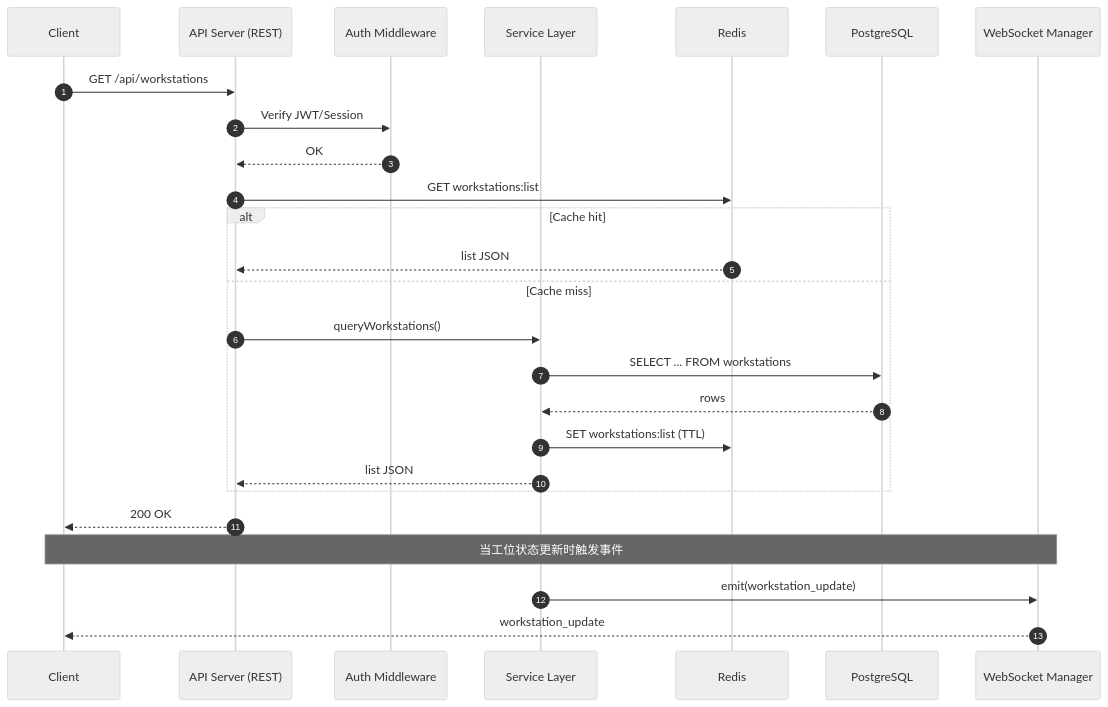
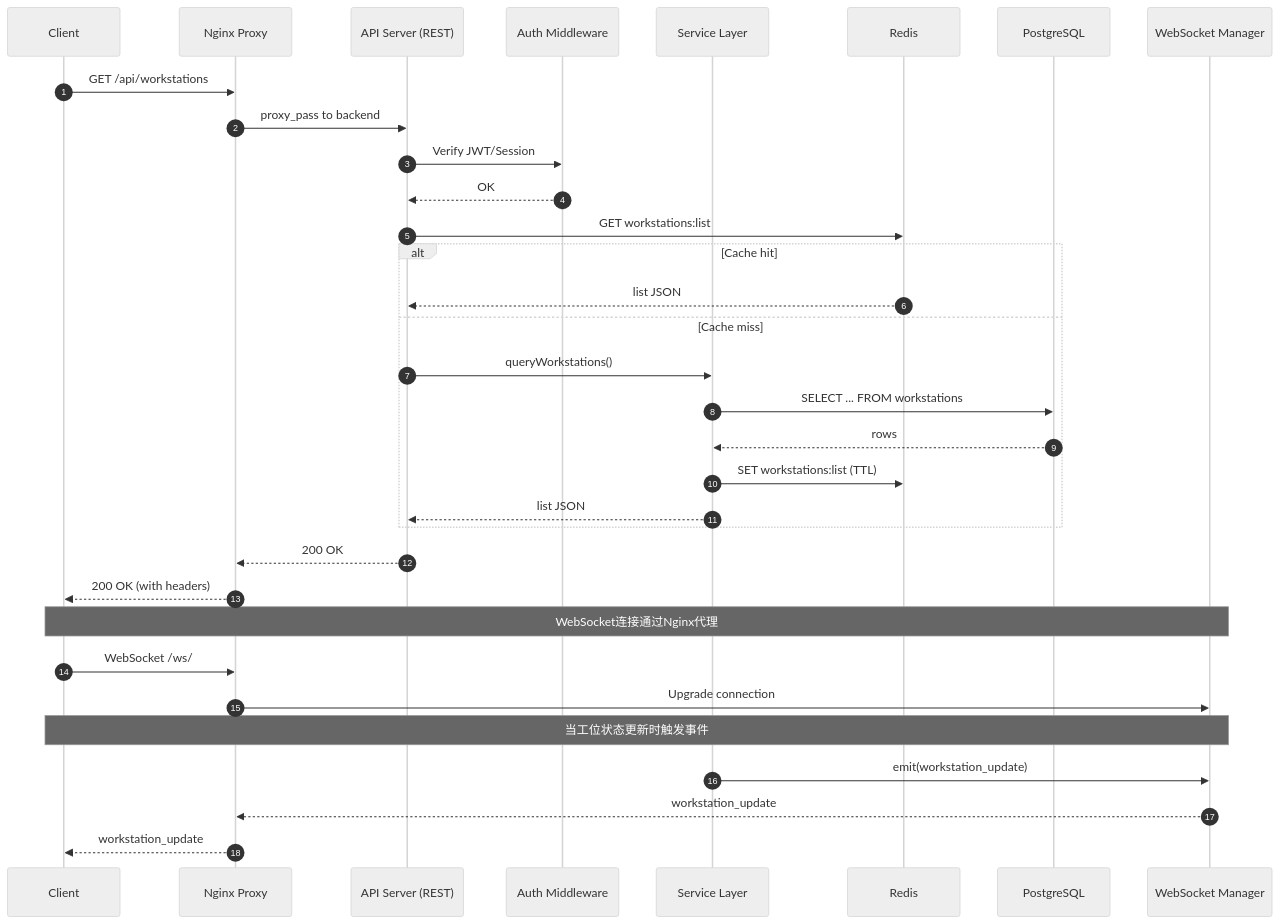
The fifth of 16 diagrams in .trae/documents/WebSocket与PostgreSQL组件关联技术文档.md (runhuayao/department-seating-chart), drawn with Mermaid (neutral theme) before and after one commit. The commit also changed other lines of this file, not shown here.

Commit message:
docs: 更新 7.2 时序图添加 Nginx 代理层（反映实际网络架构：前端Nginx后端服务，包含WebSocket升级与错误处理）

````diff
--- a/.trae/documents/WebSocket与PostgreSQL组件关联技术文档.md
+++ b/.trae/documents/WebSocket与PostgreSQL组件关联技术文档.md
@@ -590,30 +590,37 @@
 ```mermaid
 sequenceDiagram
     autonumber
     participant C as Client
+    participant NGX as Nginx Proxy
     participant API as API Server (REST)
     participant Auth as Auth Middleware
     participant Svc as Service Layer
     participant Cache as Redis
     participant DB as PostgreSQL
     participant WS as WebSocket Manager
 
-    C->>API: GET /api/workstations
+    C->>NGX: GET /api/workstations
+    NGX->>API: proxy_pass to backend
     API->>Auth: Verify JWT/Session
     Auth-->>API: OK
     API->>Cache: GET workstations:list
     alt Cache hit
         Cache-->>API: list JSON
     else Cache miss
         API->>Svc: queryWorkstations()
         Svc->>DB: SELECT ... FROM workstations
         DB-->>Svc: rows
         Svc->>Cache: SET workstations:list (TTL)
         Svc-->>API: list JSON
     end
-    API-->>C: 200 OK
+    API-->>NGX: 200 OK
+    NGX-->>C: 200 OK (with headers)
 
+    Note over WS,C: WebSocket连接通过Nginx代理
+    C->>NGX: WebSocket /ws/
+    NGX->>WS: Upgrade connection
     Note over WS,C: 当工位状态更新时触发事件
     Svc->>WS: emit(workstation_update)
-    WS-->>C: workstation_update
+    WS-->>NGX: workstation_update
+    NGX-->>C: workstation_update
 ```
````
